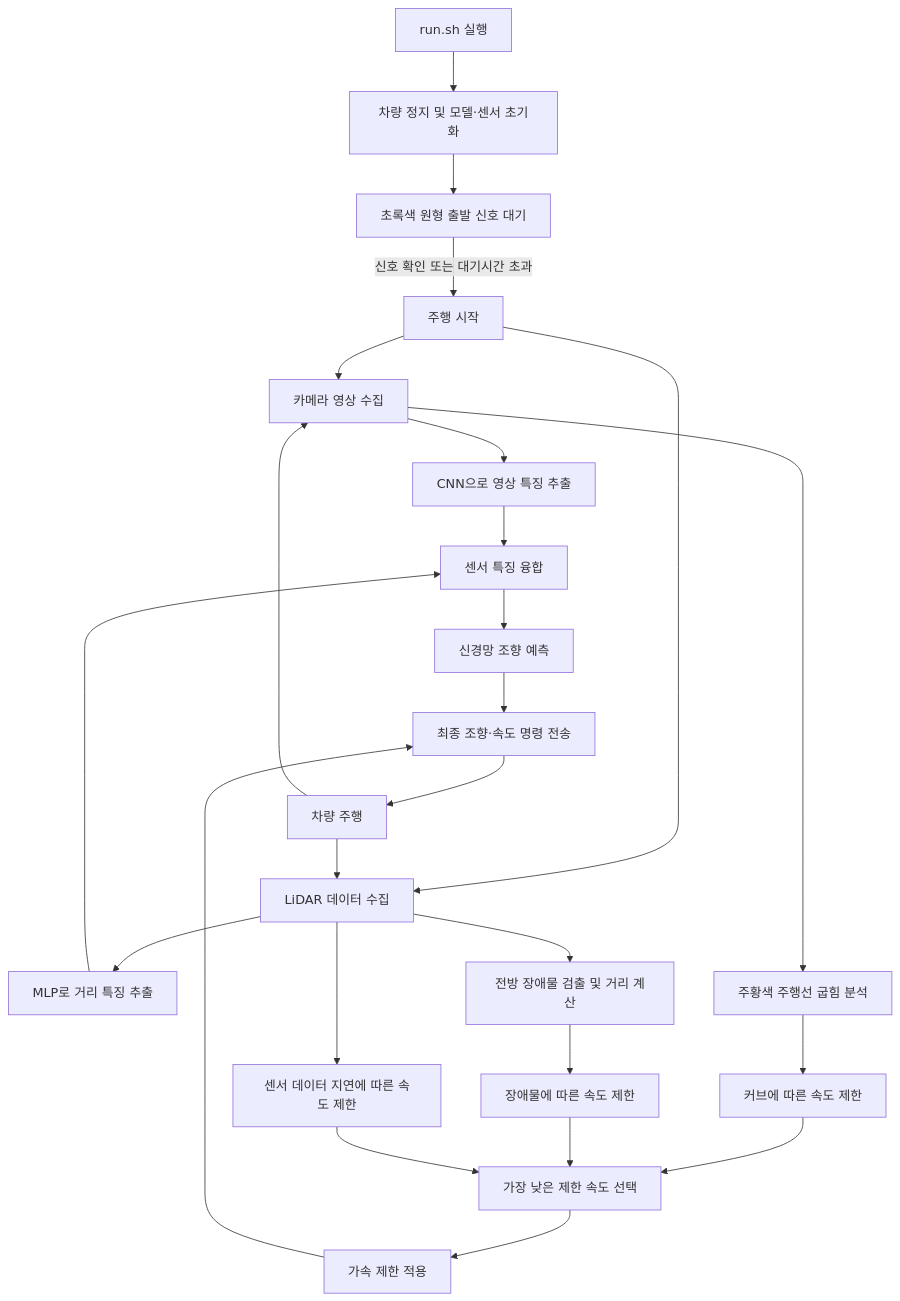
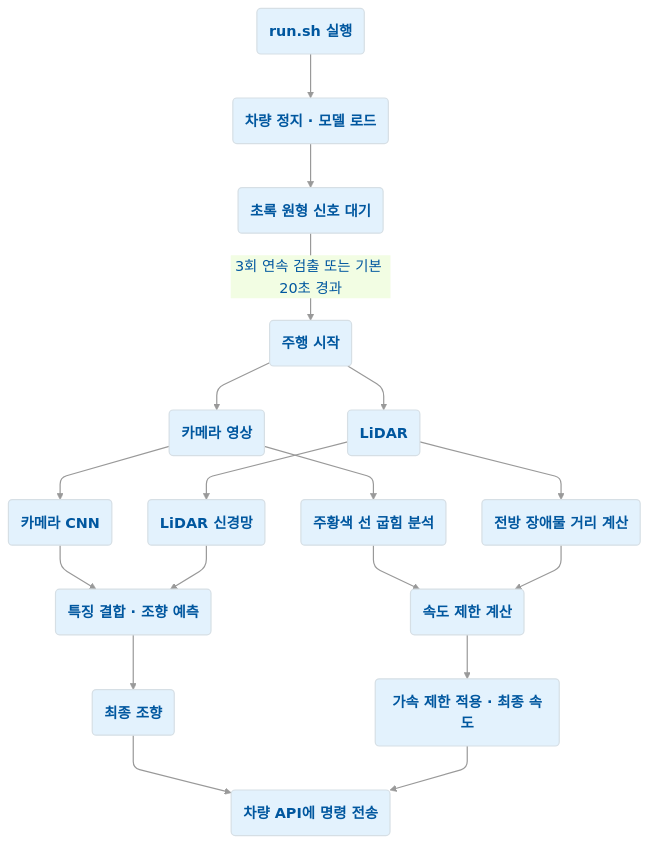
One commit to yu-miiiiiiiiin/2026_AMET changed the diagram in README.md. Above: the diagram before and after it, drawn with Mermaid.

````diff
--- a/README.md
+++ b/README.md
@@ -90,32 +90,32 @@
 ```mermaid
+%%{init: {"theme": "base", "themeVariables": {"primaryColor": "#e3f2fd", "primaryTextColor": "#00579f", "primaryBorderColor": "#d6dfe5", "lineColor": "#999999", "fontFamily": "sans-serif", "fontSize": "18px"}, "flowchart": {"curve": "rounded", "nodeSpacing": 45, "rankSpacing": 55}}}%%
+
 flowchart TD
-    A["run.sh 실행"] --> B["차량 정지 및 모델·센서 초기화"]
-    B --> C["초록색 원형 출발 신호 대기"]
-    C -->|"신호 확인 또는 대기시간 초과"| D["주행 시작"]
+    A("run.sh 실행") --> B("차량 정지 · 모델 로드")
+    B --> C("초록 원형 신호 대기")
+    C -->|"3회 연속 검출 또는 기본 20초 경과"| D("주행 시작")
 
-    D --> E["카메라 영상 수집"]
-    D --> F["LiDAR 데이터 수집"]
+    D --> E("카메라 영상")
+    D --> F("LiDAR")
 
-    E --> G["CNN으로 영상 특징 추출"]
-    F --> H["MLP로 거리 특징 추출"]
-    G --> I["센서 특징 융합"]
-    H --> I
-    I --> J["신경망 조향 예측"]
+    E --> G("카메라 CNN")
+    E --> H("주황색 선 굽힘 분석")
 
-    E --> K["주황색 주행선 굽힘 분석"]
-    F --> L["전방 장애물 검출 및 거리 계산"]
-    K --> M["커브에 따른 속도 제한"]
-    L --> N["장애물에 따른 속도 제한"]
-    F --> O["센서 데이터 지연에 따른 속도 제한"]
+    F --> I("LiDAR 신경망")
+    F --> J("전방 장애물 거리 계산")
 
-    M --> P["가장 낮은 제한 속도 선택"]
-    N --> P
-    O --> P
-    P --> Q["가속 제한 적용"]
+    G --> K("특징 결합 · 조향 예측")
+    I --> K
 
-    J --> R["최종 조향·속도 명령 전송"]
-    Q --> R
-    R --> S["차량 주행"]
-    S --> E
-    S --> F
+    H --> L("속도 제한 계산")
+    J --> L
+
+    K --> M("최종 조향")
+    L --> N("가속 제한 적용 · 최종 속도")
+
+    M --> O("차량 API에 명령 전송")
+    N --> O
+
+    classDef default fill:#e3f2fd,stroke:#d6dfe5,stroke-width:1.5px,color:#00579f,font-weight:bold;
+    linkStyle default stroke:#999999,stroke-width:1.5px;
 ```
````
